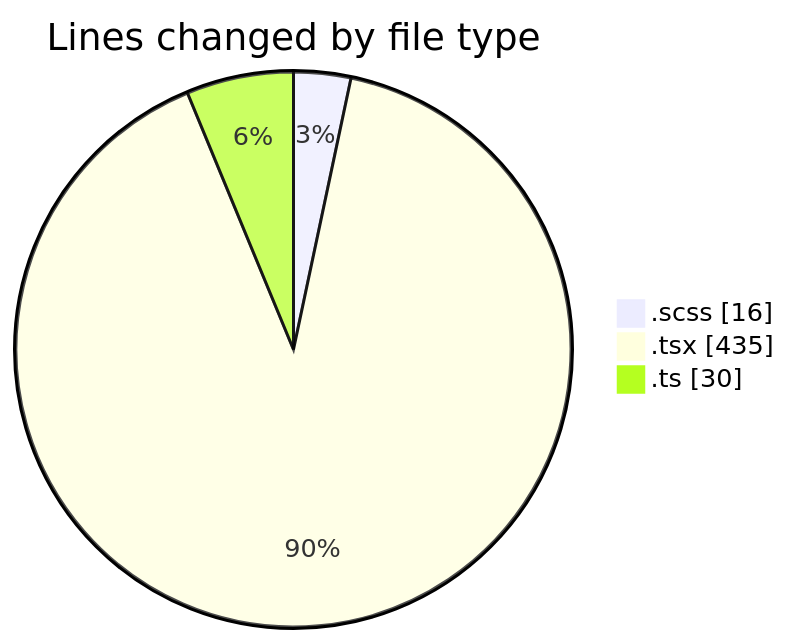
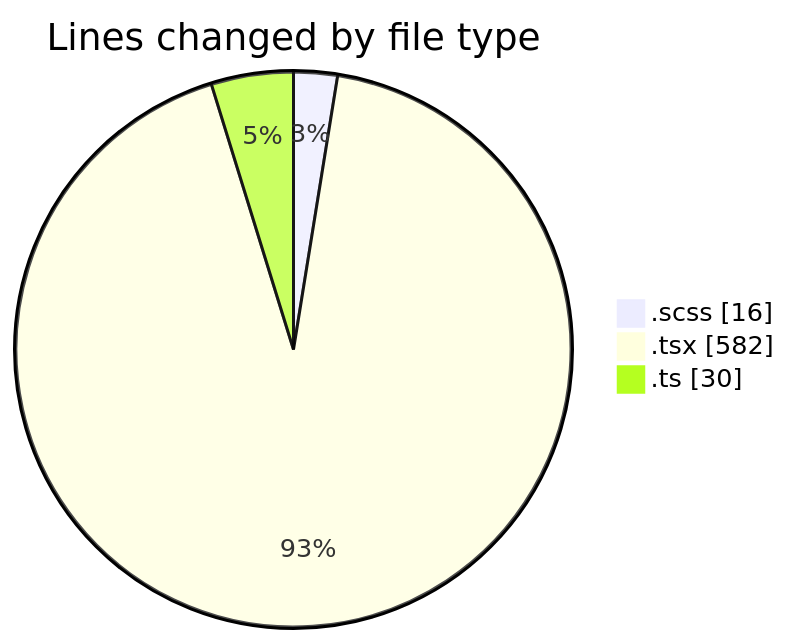
One commit to momahboobian/code-tracking changed the first of 2 diagrams in 2025-02-27/cda/README.md. Above: the diagram before and after it, drawn with Mermaid. The commit also changed other lines of this file and 1 other file, not shown here.

````diff
--- a/2025-02-27/cda/README.md
+++ b/2025-02-27/cda/README.md
@@ -27,7 +27,7 @@
 ```mermaid
 pie showData
 title Lines changed by file type
 ".scss" : 16
-".tsx" : 435
+".tsx" : 582
 ".ts" : 30
 ```
````
